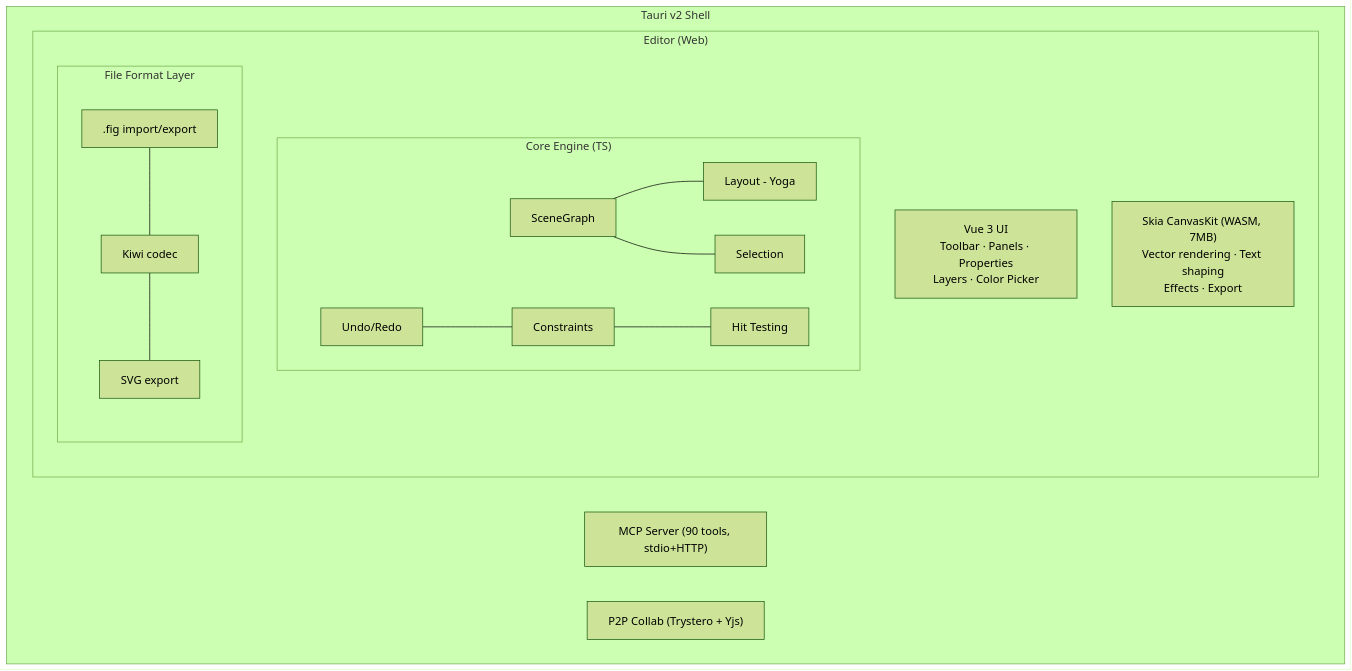
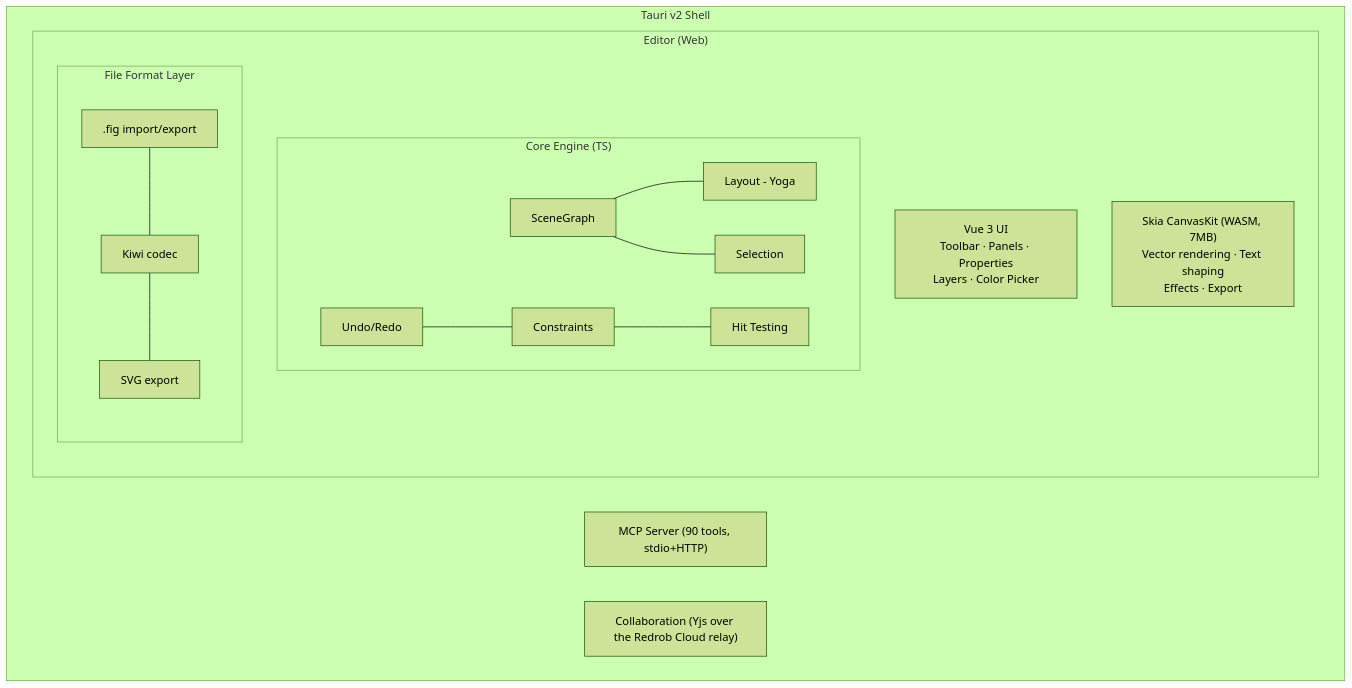
One commit to redrob-labs/redrob-design changed the diagram in packages/docs/development/architecture.md. Above: the diagram before and after it, drawn with Mermaid (forest theme). The commit also changed other lines of this file and 16 other files, not shown here.

````diff
--- a/packages/docs/development/architecture.md
+++ b/packages/docs/development/architecture.md
@@ -5,21 +5,21 @@
 ```mermaid
 graph TB
     subgraph Tauri["Tauri v2 Shell"]
         subgraph Editor["Editor (Web)"]
             UI["Vue 3 UI<br/>Toolbar · Panels · Properties<br/>Layers · Color Picker"]
             Skia["Skia CanvasKit (WASM, 7MB)<br/>Vector rendering · Text shaping<br/>Effects · Export"]
             subgraph Core["Core Engine (TS)"]
                 SG[SceneGraph] --- Layout[Layout - Yoga]
                 SG --- Selection
                 Undo[Undo/Redo] --- Constraints
                 Constraints --- HitTest[Hit Testing]
             end
             subgraph FileFormat["File Format Layer"]
                 FigIO[".fig import/export"] --- Kiwi[Kiwi codec]
                 Kiwi --- SVG[SVG export]
             end
         end
         MCP["MCP Server (90 tools, stdio+HTTP)"]
-        Collab["P2P Collab (Trystero + Yjs)"]
+        Collab["Collaboration (Yjs over the Redrob Cloud relay)"]
     end
 ```
````
